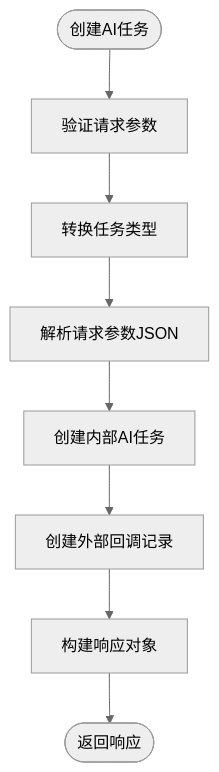
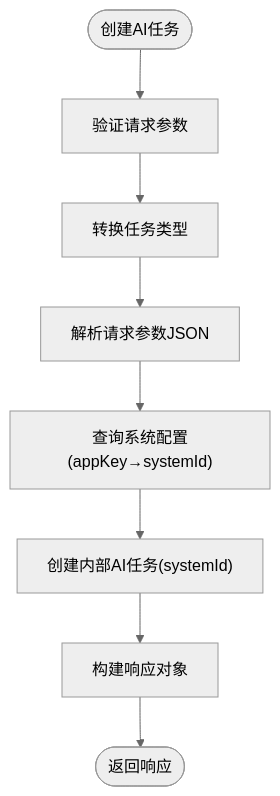
The fourth of 8 diagrams in .qoder/repowiki/zh/content/API接口文档/外部系统集成API/外部AI任务API.md (DrunkFood/First), drawn with Mermaid (neutral theme) before and after one commit. The commit also changed other lines of this file and 58 other files, not shown here.

````diff
--- a/.qoder/repowiki/zh/content/API接口文档/外部系统集成API/外部AI任务API.md
+++ b/.qoder/repowiki/zh/content/API接口文档/外部系统集成API/外部AI任务API.md
@@ -184,10 +187,10 @@
 ```mermaid
 flowchart TD
 Start(["创建AI任务"]) --> ValidateReq["验证请求参数"]
 ValidateReq --> ConvertType["转换任务类型"]
 ConvertType --> ParseParams["解析请求参数JSON"]
-ParseParams --> CreateTask["创建内部AI任务"]
-CreateTask --> CreateCallback["创建外部回调记录"]
-CreateCallback --> BuildResponse["构建响应对象"]
+ParseParams --> QuerySystem["查询系统配置(appKey→systemId)"]
+QuerySystem --> CreateTask["创建内部AI任务(systemId)"]
+CreateTask --> BuildResponse["构建响应对象"]
 BuildResponse --> End(["返回响应"])
 ```
````
